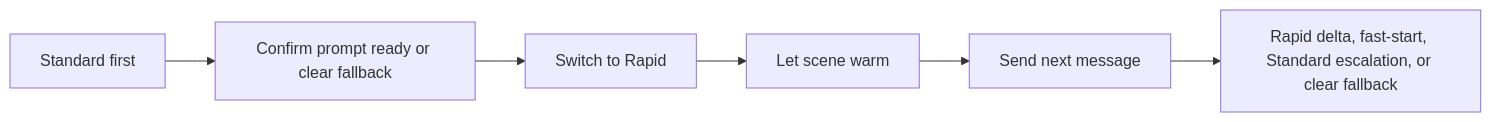
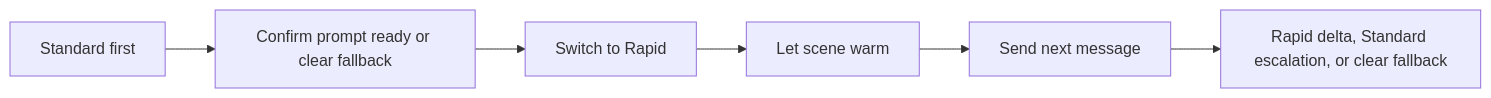
Before and after one commit to MentallyQuill/Recursion: the diagram in docs/user/FIRST_RUN_WORKFLOW.md, drawn with Mermaid. The commit also changed other lines of this file and 42 other files, not shown here.

````diff
--- a/docs/user/FIRST_RUN_WORKFLOW.md
+++ b/docs/user/FIRST_RUN_WORKFLOW.md
@@ -81,8 +81,8 @@
 ```mermaid
 flowchart LR
     Standard["Standard first"] --> Confirm["Confirm prompt ready or clear fallback"]
     Confirm --> Rapid["Switch to Rapid"]
     Rapid --> Warm["Let scene warm"]
     Warm --> Send["Send next message"]
-    Send --> Outcome["Rapid delta, fast-start, Standard escalation, or clear fallback"]
+    Send --> Outcome["Rapid delta, Standard escalation, or clear fallback"]
 ```
````
